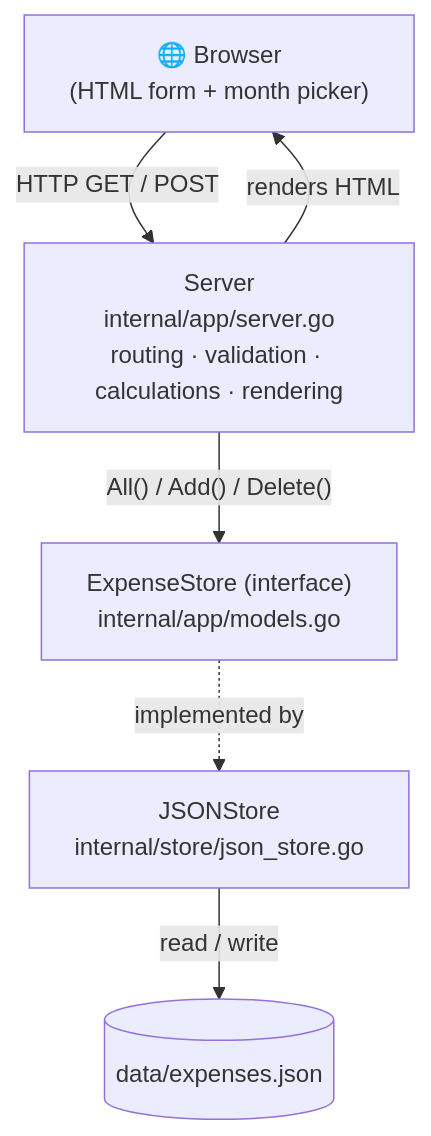
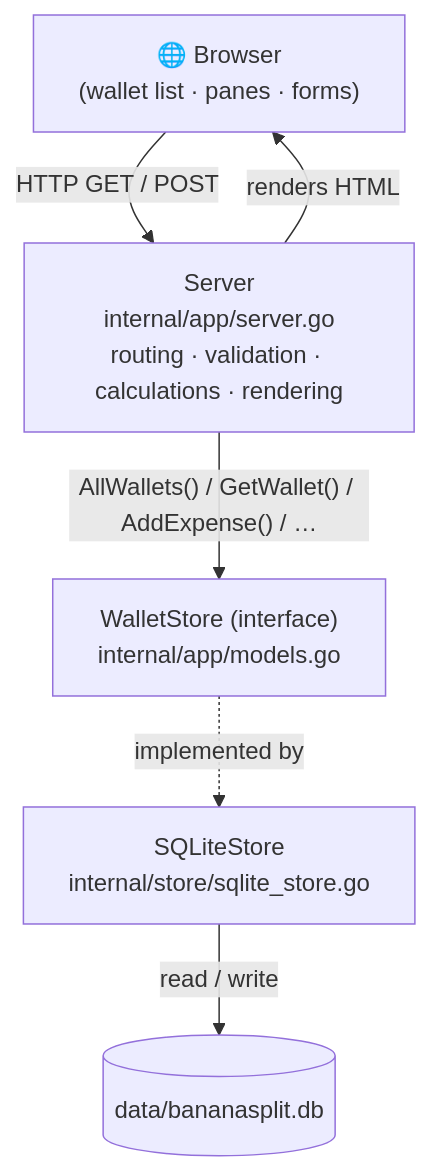
Before and after one commit to lude-bri/bananasplit: the diagram in README.md, drawn with Mermaid. The commit also changed other lines of this file, not shown here.

````diff
--- a/README.md
+++ b/README.md
@@ -124,14 +194,14 @@
 ```mermaid
 flowchart TD
-    Browser["🌐 Browser<br/>(HTML form + month picker)"]
+    Browser["🌐 Browser<br/>(wallet list · panes · forms)"]
     Server["Server<br/>internal/app/server.go<br/>routing · validation · calculations · rendering"]
-    Store["ExpenseStore (interface)<br/>internal/app/models.go"]
-    JSON["JSONStore<br/>internal/store/json_store.go"]
-    File[("data/expenses.json")]
+    Store["WalletStore (interface)<br/>internal/app/models.go"]
+    SQLite["SQLiteStore<br/>internal/store/sqlite_store.go"]
+    DB[("data/bananasplit.db")]
 
     Browser -- "HTTP GET / POST" --> Server
-    Server -- "All() / Add() / Delete()" --> Store
-    Store -. "implemented by" .-> JSON
-    JSON -- "read / write" --> File
+    Server -- "AllWallets() / GetWallet() / AddExpense() / …" --> Store
+    Store -. "implemented by" .-> SQLite
+    SQLite -- "read / write" --> DB
     Server -- "renders HTML" --> Browser
 ```
````
